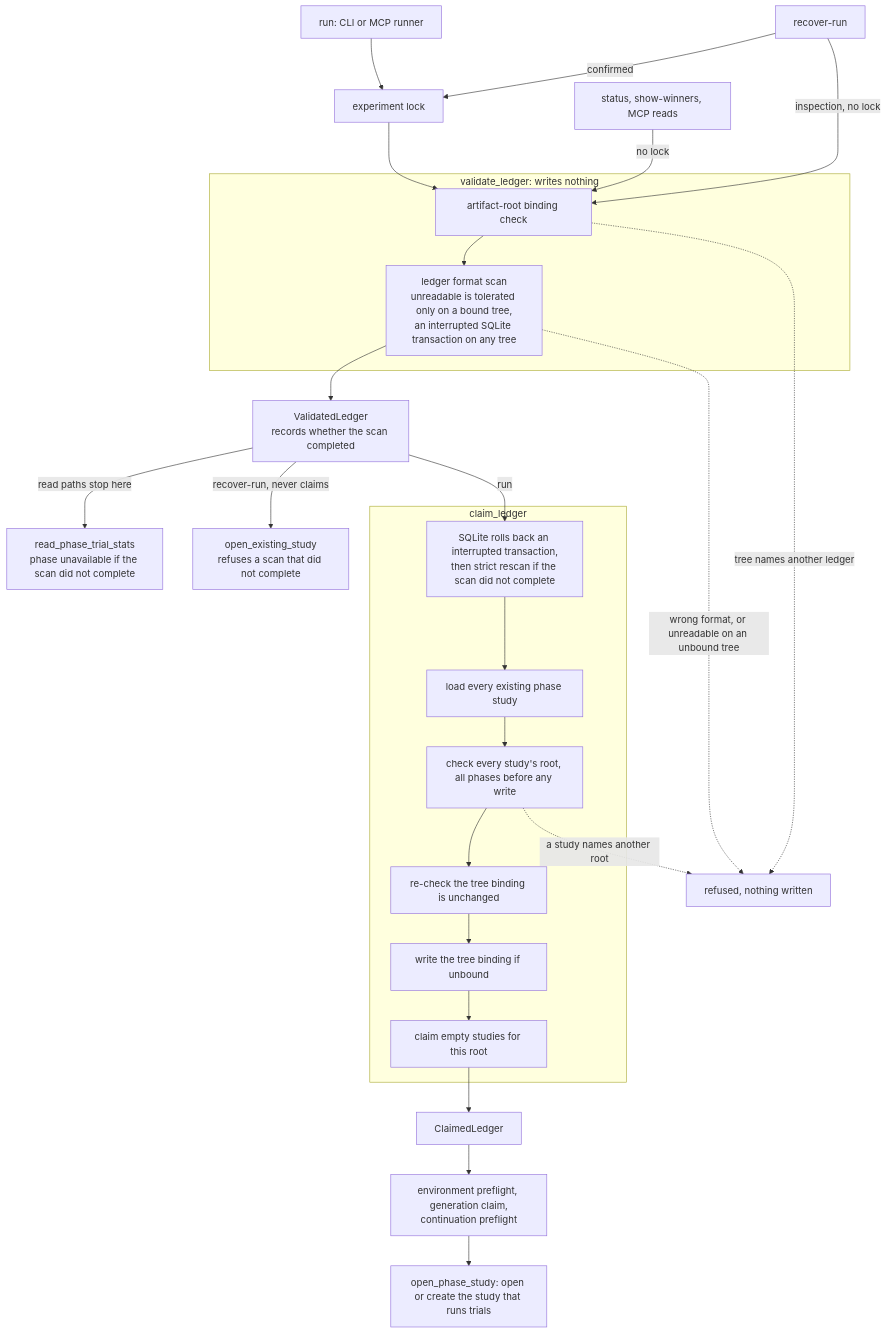
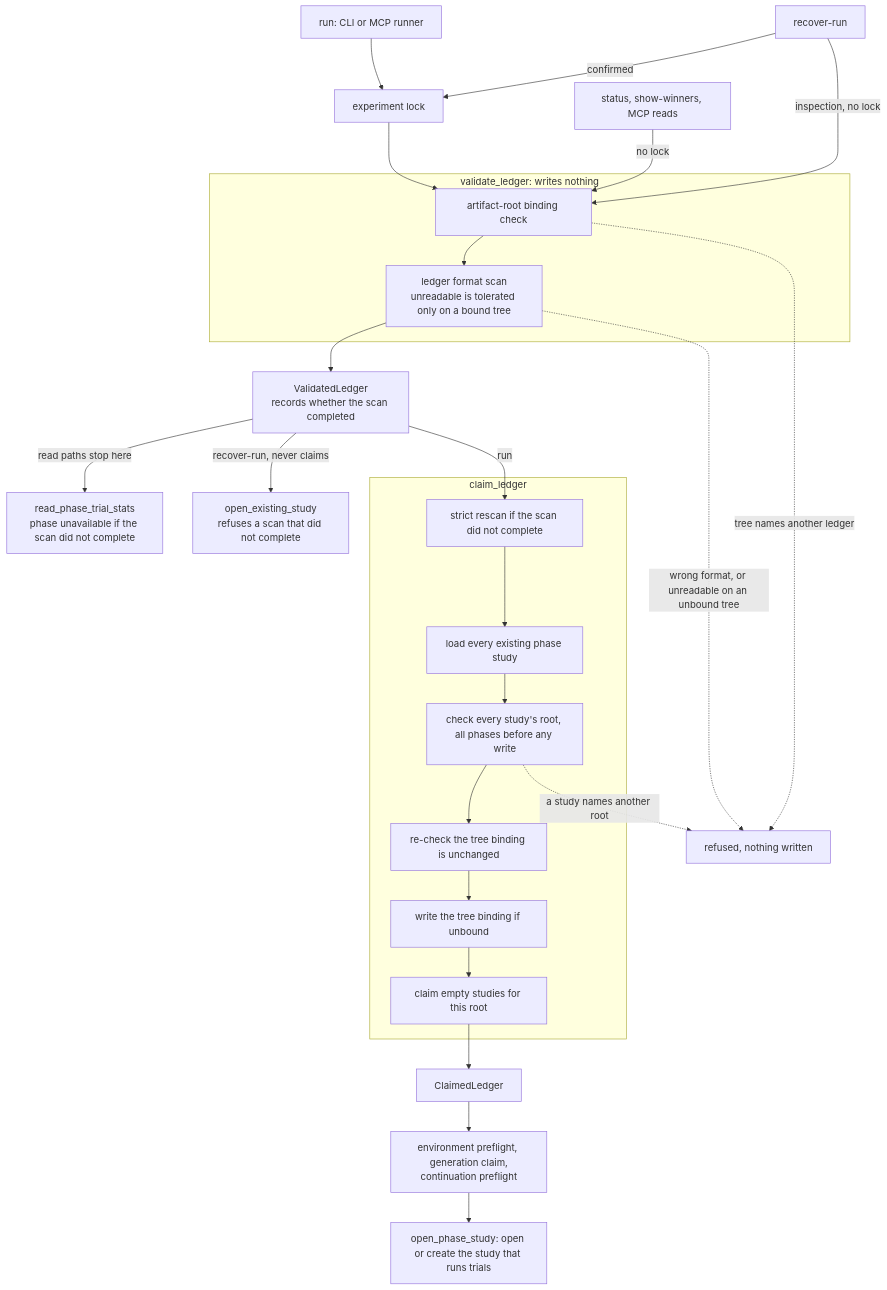
Before and after one commit to pszemraj/phasesweep: the diagram in docs/invariants.md, drawn with Mermaid. The commit also changed other lines of this file and 282 other files, not shown here.

````diff
--- a/docs/invariants.md
+++ b/docs/invariants.md
@@ -52,28 +52,28 @@
 ```mermaid
 flowchart TD
     run["run: CLI or MCP runner"] --> lock["experiment lock"]
     recover["recover-run"] -->|"confirmed"| lock
     recover -->|"inspection, no lock"| check
     reads["status, show-winners, MCP reads"] -->|"no lock"| check
     lock --> check
     subgraph validate["validate_ledger: writes nothing"]
-        check["artifact-root binding check"] --> scan["ledger format scan<br/>unreadable is tolerated only on a bound tree,<br/>an interrupted SQLite transaction on any tree"]
+        check["artifact-root binding check"] --> scan["ledger format scan<br/>unreadable is tolerated only on a bound tree"]
     end
     scan --> handle["ValidatedLedger<br/>records whether the scan completed"]
     handle -->|"read paths stop here"| ro["read_phase_trial_stats<br/>phase unavailable if the scan did not complete"]
     handle -->|"recover-run, never claims"| existing["open_existing_study<br/>refuses a scan that did not complete"]
     handle -->|"run"| rescan
     subgraph claim["claim_ledger"]
-        rescan["SQLite rolls back an interrupted transaction,<br/>then strict rescan if the scan did not complete"] --> discover["load every existing phase study"]
+        rescan["strict rescan if the scan did not complete"] --> discover["load every existing phase study"]
         discover --> roots["check every study's root, all phases before any write"]
         roots --> recheck["re-check the tree binding is unchanged"]
         recheck --> bind["write the tree binding if unbound"]
         bind --> claimst["claim empty studies for this root"]
     end
     claimst --> claimed["ClaimedLedger"]
     claimed --> pre["environment preflight, generation claim,<br/>continuation preflight"]
     pre --> open["open_phase_study: open or create the study that runs trials"]
     check -.->|"tree names another ledger"| refused["refused, nothing written"]
     scan -.->|"wrong format, or unreadable on an unbound tree"| refused
     roots -.->|"a study names another root"| refused
 ```
````
